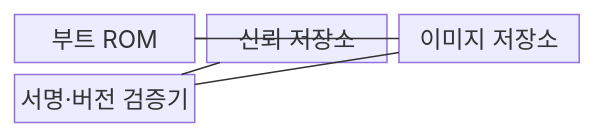
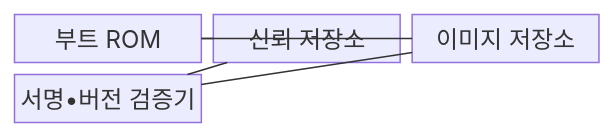
One commit to agnusdei1207/knowledge-base changed the first of 2 diagrams in src/content/docs/notes/02-hardware/068_secure_boot.md. Above: the diagram before and after it, drawn with Mermaid. The commit also changed other lines of this file and 953 other files, not shown here.

````diff
--- a/src/content/docs/notes/02-hardware/068_secure_boot.md
+++ b/src/content/docs/notes/02-hardware/068_secure_boot.md
@@ -68,12 +68,12 @@
 ```mermaid
 block
   columns 3
   A["부트 ROM"]
   B["신뢰 저장소"]
   C["이미지 저장소"]
-  D["서명·버전 검증기"]
+  D["서명•버전 검증기"]
   A --- B
   A --- C
   B --- D
   C --- D
 ```
````
